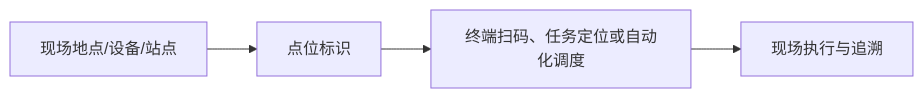
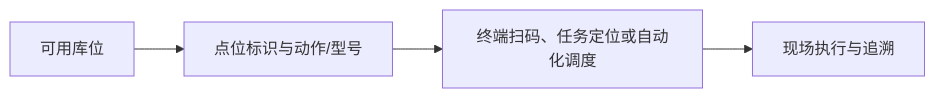
The diagram in docs/04-DBC-主数据管理/04-工厂建模/12-点位管理.md (jiargcn/MomProductDocument), drawn with Mermaid before and after one commit. The commit also changed other lines of this file and 122 other files, not shown here.

````diff
--- a/docs/04-DBC-主数据管理/04-工厂建模/12-点位管理.md
+++ b/docs/04-DBC-主数据管理/04-工厂建模/12-点位管理.md
@@ -16,6 +16,6 @@
 ```mermaid
 flowchart LR
-    A["现场地点/设备/站点"] --> B["点位标识"]
+    A["可用库位"] --> B["点位标识与动作/型号"]
     B --> C["终端扫码、任务定位或自动化调度"]
     C --> D["现场执行与追溯"]
 ```
````
